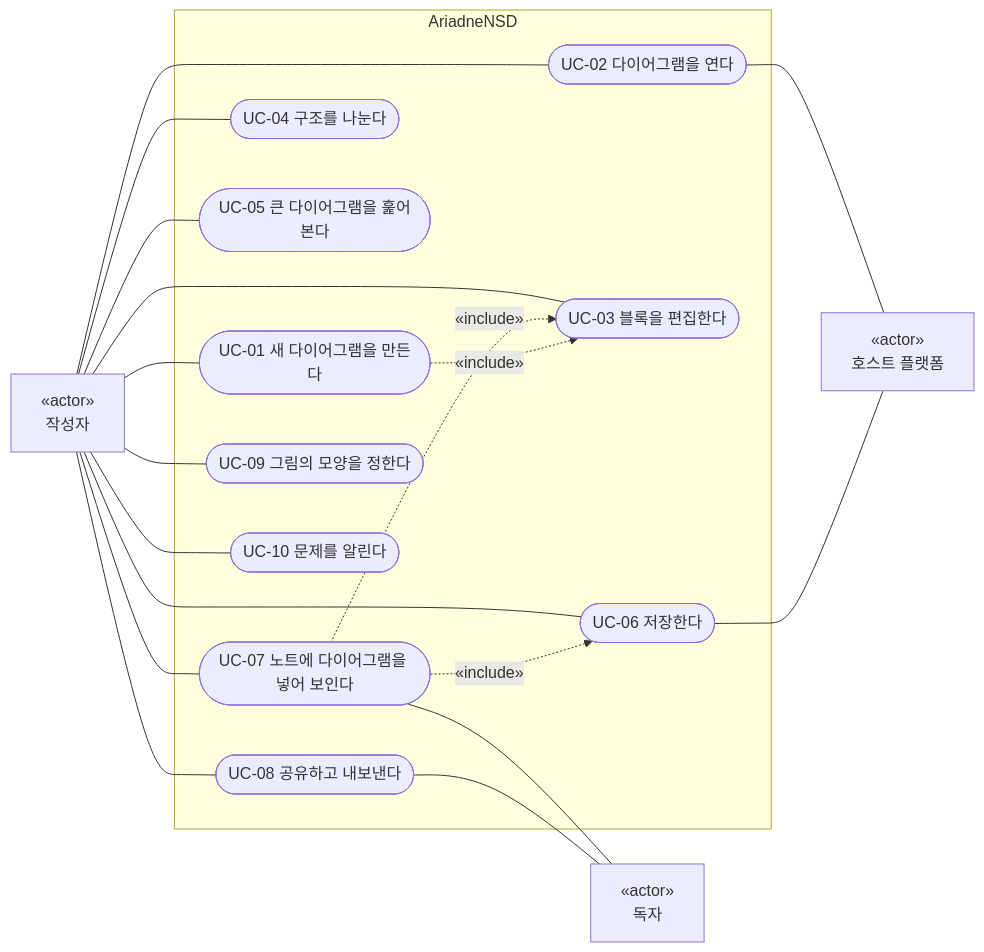
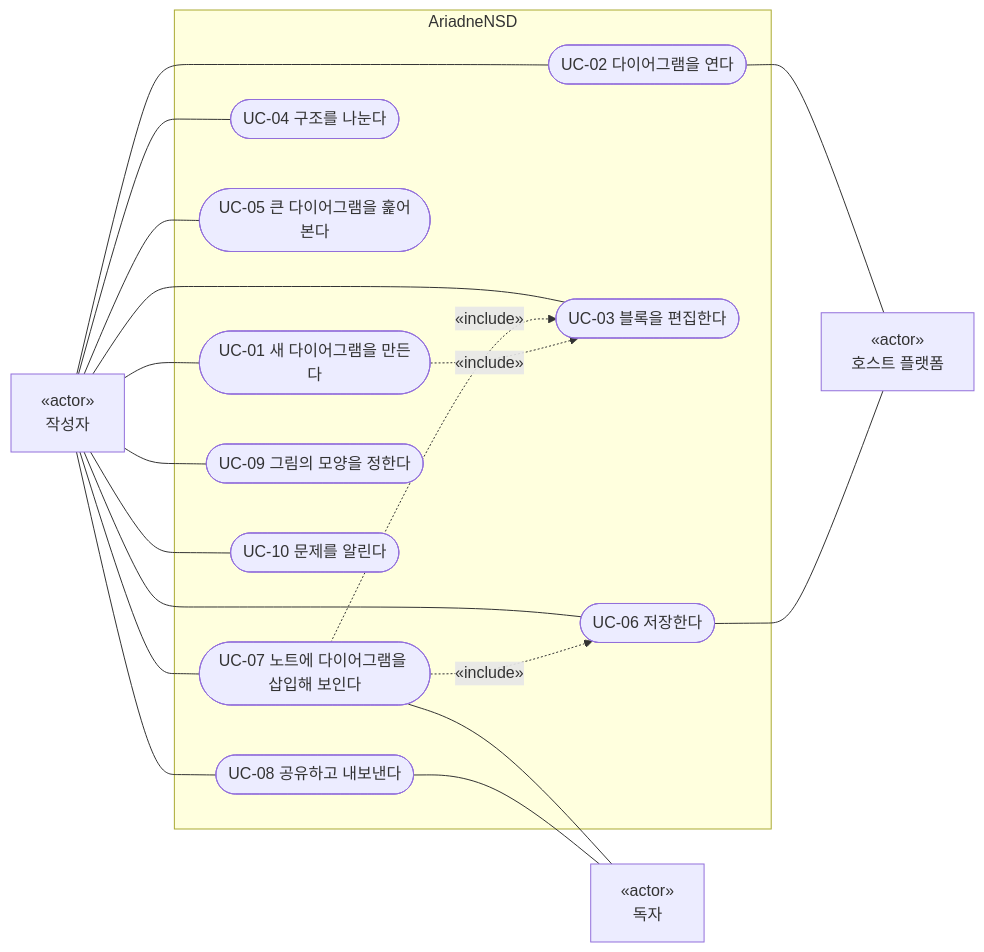
One commit to reddiana/AriadneNSD changed the diagram in docs/01-requirements/02-use-cases.md. Above: the diagram before and after it, drawn with Mermaid. The commit also changed other lines of this file and 5 other files, not shown here.

````diff
--- a/docs/01-requirements/02-use-cases.md
+++ b/docs/01-requirements/02-use-cases.md
@@ -30,26 +30,26 @@
 ```mermaid
 flowchart LR
     author["«actor»<br/>작성자"]
     reader["«actor»<br/>독자"]
     host["«actor»<br/>호스트 플랫폼"]
     subgraph sys["AriadneNSD"]
         uc01(["UC-01 새 다이어그램을 만든다"])
         uc02(["UC-02 다이어그램을 연다"])
         uc03(["UC-03 블록을 편집한다"])
         uc04(["UC-04 구조를 나눈다"])
         uc05(["UC-05 큰 다이어그램을 훑어본다"])
         uc06(["UC-06 저장한다"])
-        uc07(["UC-07 노트에 다이어그램을 넣어 보인다"])
+        uc07(["UC-07 노트에 다이어그램을 삽입해 보인다"])
         uc08(["UC-08 공유하고 내보낸다"])
         uc09(["UC-09 그림의 모양을 정한다"])
         uc10(["UC-10 문제를 알린다"])
     end
     author --- uc01 & uc02 & uc03 & uc04 & uc05 & uc06 & uc07 & uc08 & uc09 & uc10
     uc07 --- reader
     uc08 --- reader
     uc02 --- host
     uc06 --- host
     uc07 -.«include».-> uc03
     uc07 -.«include».-> uc06
     uc01 -.«include».-> uc03
 ```
````
